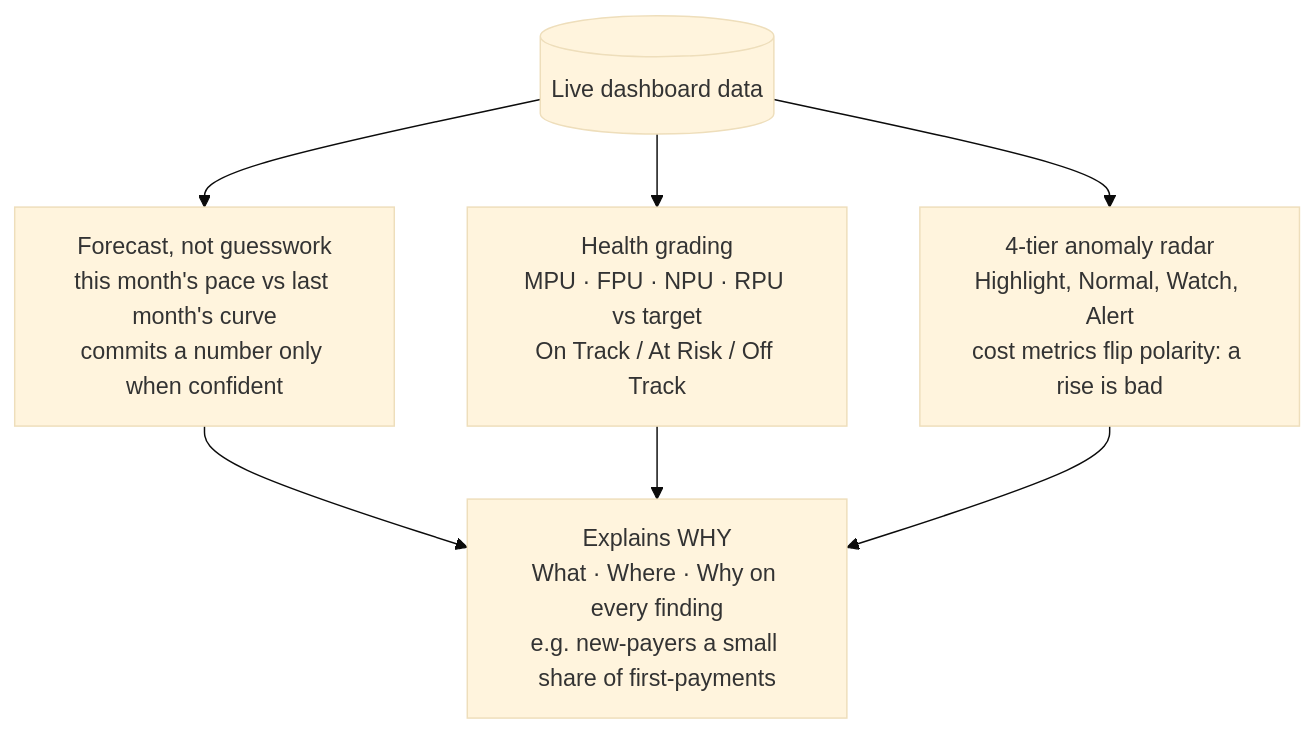
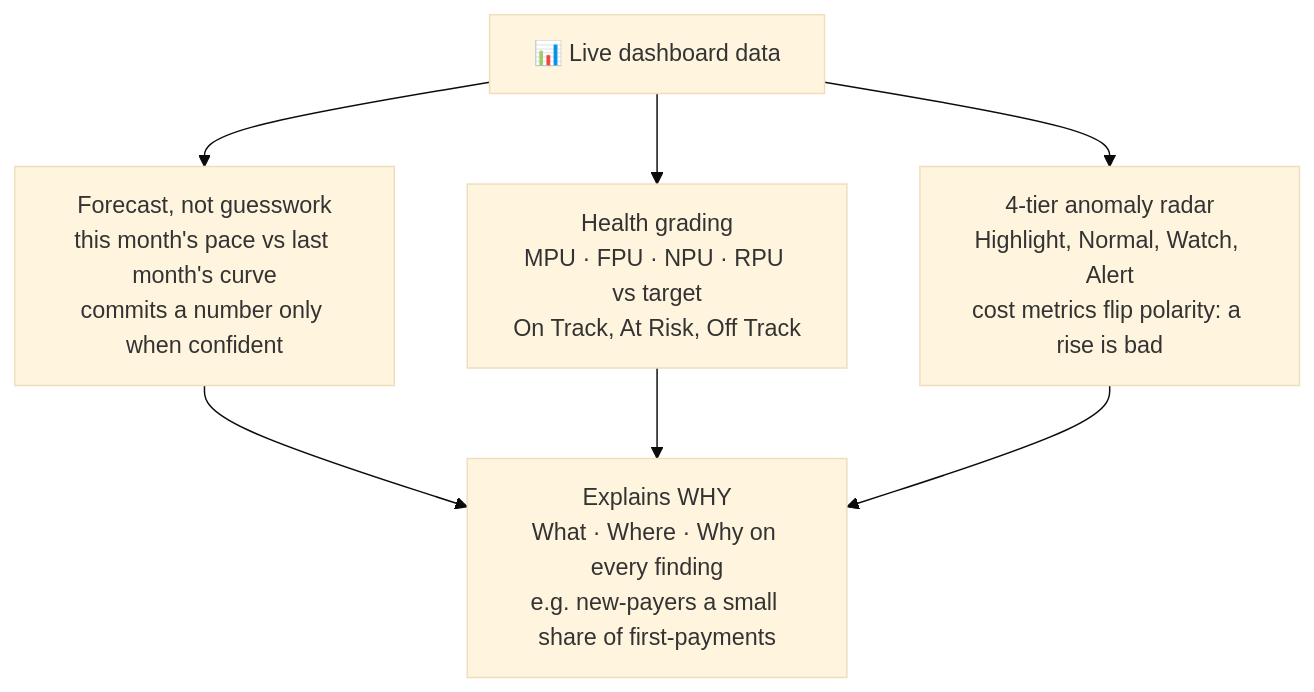
The third of 5 diagrams in README.md (thai-max-nguyen/claw-a-thon-demo-agent-mvp), drawn with Mermaid (base theme) before and after one commit.

Commit message:
fix: analysis flowchart cylinder shape broke GitHub mermaid render
GitHub's mermaid choked on the [(...)] database/cylinder node — swapped to a
plain box. (The LR funnel with slashes rendered fine, so the cylinder was the
breaker, not the labels.)

````diff
--- a/README.md
+++ b/README.md
@@ -134,10 +134,10 @@
 ```mermaid
 flowchart TD
-  D[("Live dashboard data")]
+  D["📊 Live dashboard data"]
   D --> F["Forecast, not guesswork<br/>this month's pace vs last month's curve<br/>commits a number only when confident"]
-  D --> H["Health grading<br/>MPU · FPU · NPU · RPU vs target<br/>On Track / At Risk / Off Track"]
+  D --> H["Health grading<br/>MPU · FPU · NPU · RPU vs target<br/>On Track, At Risk, Off Track"]
   D --> A["4-tier anomaly radar<br/>Highlight, Normal, Watch, Alert<br/>cost metrics flip polarity: a rise is bad"]
   F --> W["Explains WHY<br/>What · Where · Why on every finding<br/>e.g. new-payers a small share of first-payments"]
   H --> W
   A --> W
 ```
````
